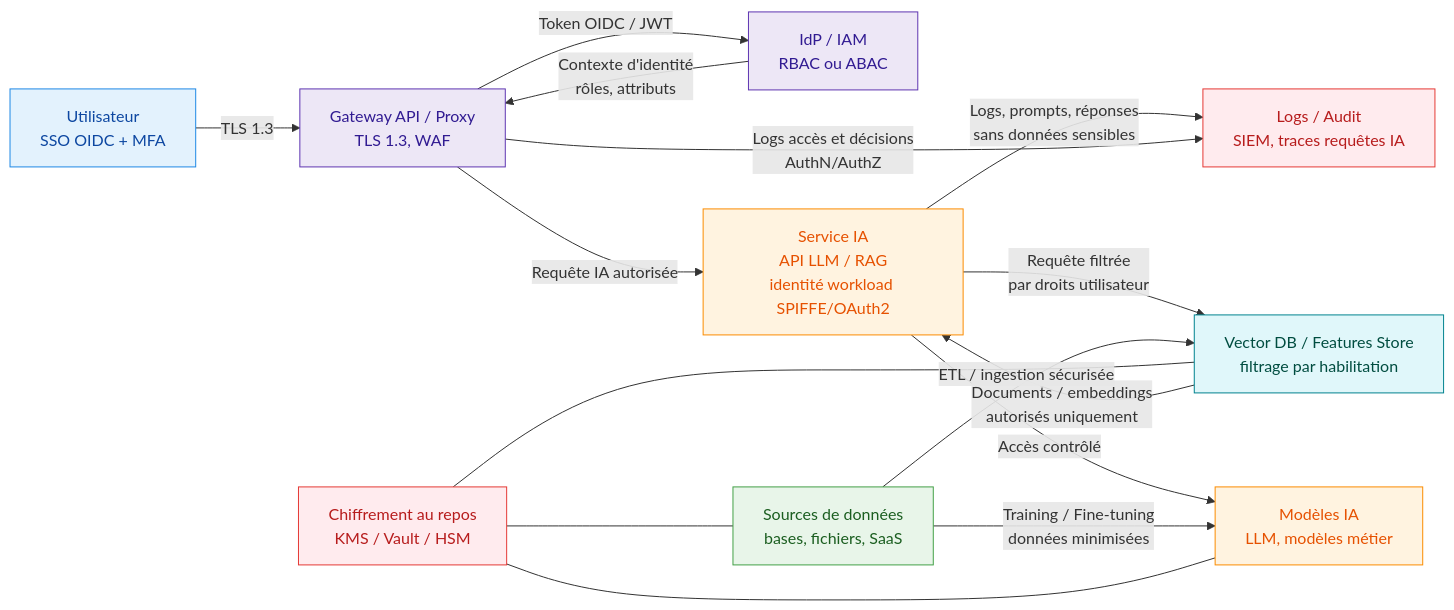
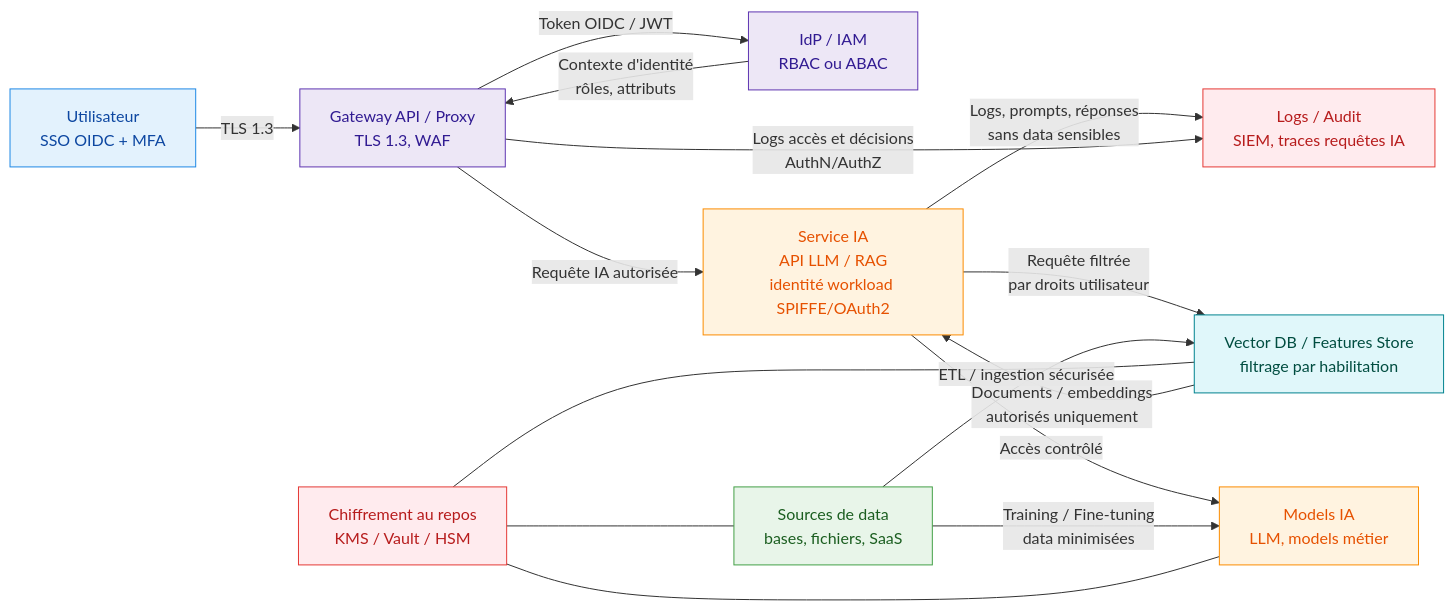
Before and after one commit to brunseba/ai-tech-watch: the diagram in docs/use-cases/workflow-diagram-request.md, drawn with Mermaid. The commit also changed other lines of this file and 22 other files, not shown here.

````diff
--- a/docs/use-cases/workflow-diagram-request.md
+++ b/docs/use-cases/workflow-diagram-request.md
@@ -6,48 +6,48 @@
 ```mermaid
 flowchart LR
     %% Styles
     classDef user fill:#e3f2fd,stroke:#1e88e5,color:#0d47a1;
     classDef auth fill:#ede7f6,stroke:#5e35b1,color:#311b92;
     classDef data fill:#e8f5e9,stroke:#43a047,color:#1b5e20;
     classDef ai fill:#fff3e0,stroke:#fb8c00,color:#e65100;
     classDef sec fill:#ffebee,stroke:#e53935,color:#b71c1c;
     classDef store fill:#e0f7fa,stroke:#00838f,color:#004d40;
 
     %% Utilisateur
     U[Utilisateur<br/>SSO OIDC + MFA]:::user
 
     %% AuthN / AuthZ
     G[Gateway API / Proxy<br/>TLS 1.3, WAF]:::auth
     I[IdP / IAM<br/>RBAC ou ABAC]:::auth
 
     %% Couche IA
     S[Service IA<br/>API LLM / RAG<br/>identité workload SPIFFE/OAuth2]:::ai
     V[Vector DB / Features Store<br/>filtrage par habilitation]:::store
-    M[Modèles IA<br/>LLM, modèles métier]:::ai
+    M[Models IA<br/>LLM, models métier]:::ai
 
-    %% Données
-    D[Sources de données<br/>bases, fichiers, SaaS]:::data
+    %% Data
+    D[Sources de data<br/>bases, fichiers, SaaS]:::data
     C[Chiffrement au repos<br/>KMS / Vault / HSM]:::sec
     L[Logs / Audit<br/>SIEM, traces requêtes IA]:::sec
 
     %% Flux utilisateur
     U -->|TLS 1.3| G
     G -->|Token OIDC / JWT| I
     I -->|Contexte d'identité<br/>rôles, attributs| G
     G -->|Requête IA autorisée| S
 
-    %% Flux IA -> données
+    %% Flux IA -> data
     S -->|Requête filtrée<br/>par droits utilisateur| V
     S -->|Accès contrôlé| M
     V -->|Documents / embeddings<br/>autorisés uniquement| S
     D -->|ETL / ingestion sécurisée| V
-    D -->|Training / Fine-tuning<br/>données minimisées| M
+    D -->|Training / Fine-tuning<br/>data minimisées| M
 
-    %% Sécurité transversale
+    %% Security transversale
     C --- D
     C --- V
     C --- M
 
-    S -->|Logs, prompts, réponses<br/>sans données sensibles| L
+    S -->|Logs, prompts, réponses<br/>sans data sensibles| L
     G -->|Logs accès et décisions<br/>AuthN/AuthZ| L
 ```
````
